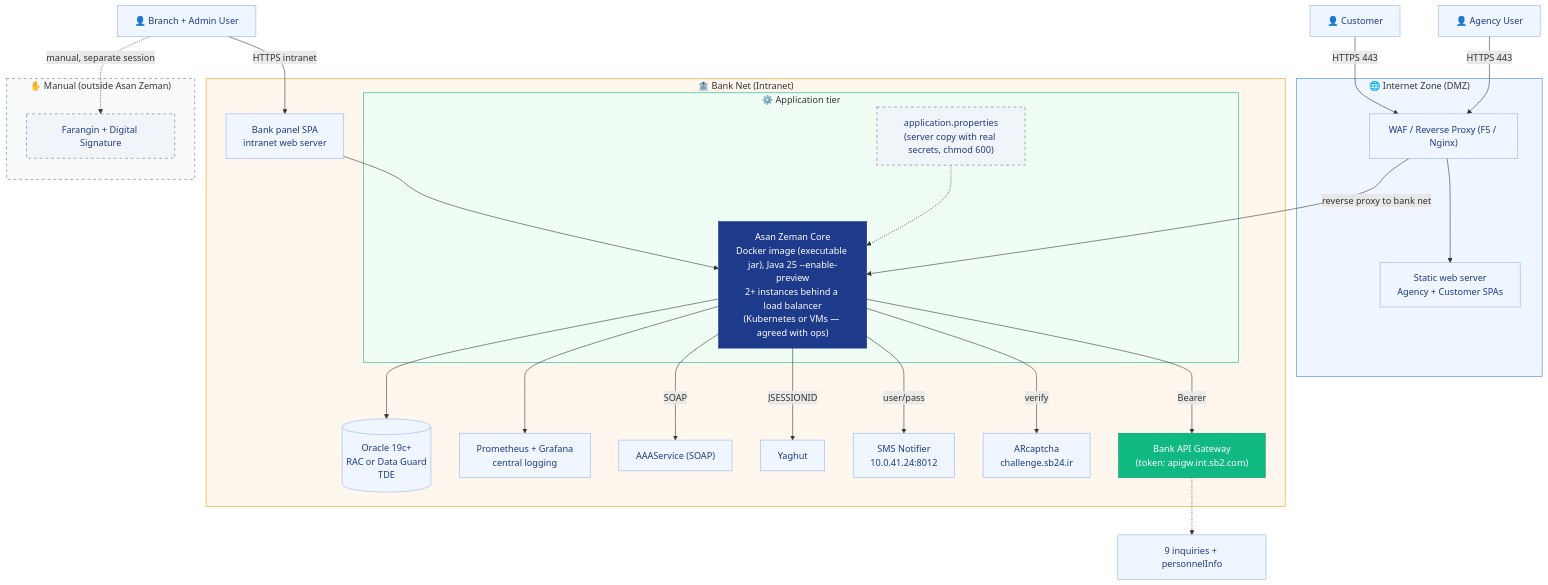
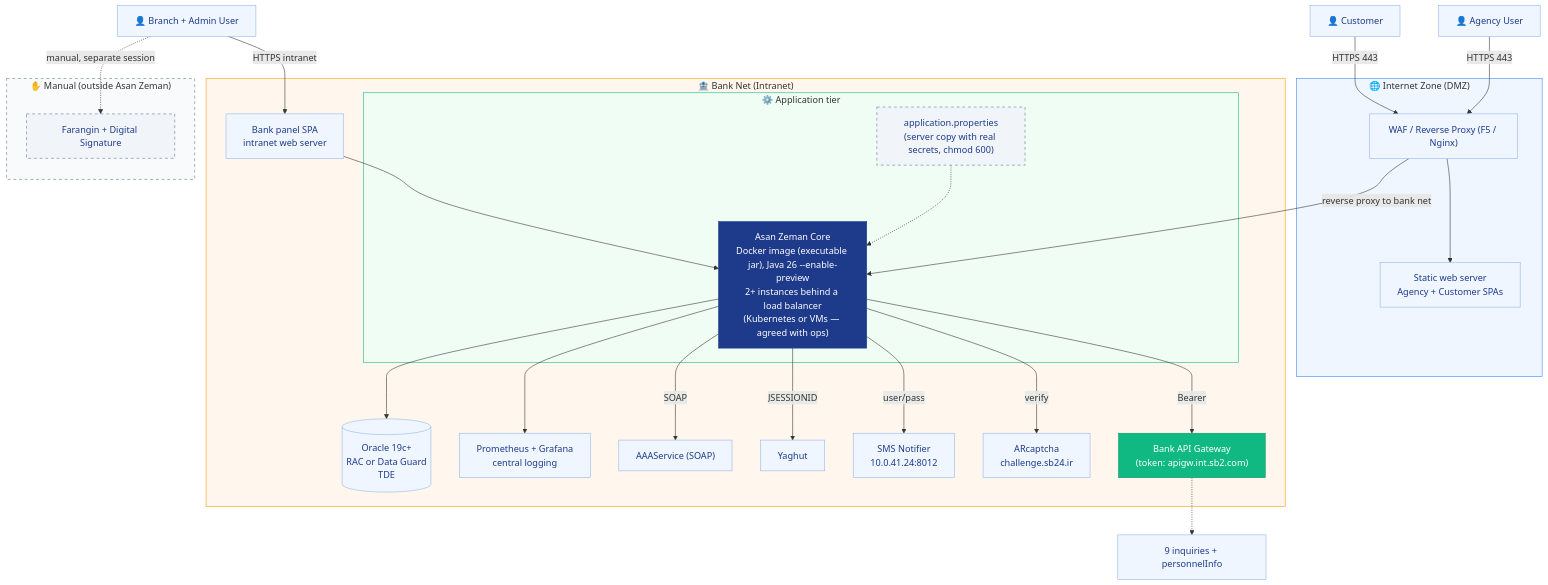
Before and after one commit to Mahmirba/AsanZeman: the diagram in docs/architecture/diagrams/deployment.mmd, drawn with Mermaid. The commit also changed 7 other files, not shown here.

```diff
--- a/docs/architecture/diagrams/deployment.mmd
+++ b/docs/architecture/diagrams/deployment.mmd
@@ -1,47 +1,47 @@
 flowchart TB
   CU["👤 Customer"]:::box
   AG["👤 Agency User"]:::box
   BR["👤 Branch + Admin User"]:::box
   subgraph DMZ["🌐 Internet Zone (DMZ)"]
     WAF["WAF / Reverse Proxy (F5 / Nginx)"]:::box
     WEB["Static web server<br/>Agency + Customer SPAs"]:::box
   end
   subgraph BANK["🏦 Bank Net (Intranet)"]
     BWEB["Bank panel SPA<br/>intranet web server"]:::box
     subgraph APP["⚙️ Application tier"]
-      CORE["Asan Zeman Core<br/>Docker image (executable jar), Java 25 --enable-preview<br/>2+ instances behind a load balancer<br/>(Kubernetes or VMs — agreed with ops)"]:::core
+      CORE["Asan Zeman Core<br/>Docker image (executable jar), Java 26 --enable-preview<br/>2+ instances behind a load balancer<br/>(Kubernetes or VMs — agreed with ops)"]:::core
       CFG["application.properties<br/>(server copy with real secrets, chmod 600)"]:::manual
     end
     DB[("Oracle 19c+<br/>RAC or Data Guard<br/>TDE")]:::box
     MON["Prometheus + Grafana<br/>central logging"]:::box
     AAA["AAAService (SOAP)"]:::box
     YA["Yaghut"]:::box
     NOT["SMS Notifier<br/>10.0.41.24:8012"]:::box
     ARC["ARcaptcha<br/>challenge.sb24.ir"]:::box
     GW["Bank API Gateway<br/>(token: apigw.int.sb2.com)"]:::gw
   end
   INQ["9 inquiries + personnelInfo"]:::box
   subgraph MAN["✋ Manual (outside Asan Zeman)"]
     FA["Farangin + Digital Signature"]:::manual
   end
   CU & AG -- "HTTPS 443" --> WAF
   WAF --> WEB
   WAF -- "reverse proxy to bank net" --> CORE
   BR -- "HTTPS intranet" --> BWEB --> CORE
   CFG -.-> CORE
   CORE --> DB
   CORE --> MON
   CORE -- "SOAP" --> AAA
   CORE -- "JSESSIONID" --> YA
   CORE -- "user/pass" --> NOT
   CORE -- "verify" --> ARC
   CORE -- "Bearer" --> GW -.-> INQ
   BR -. "manual, separate session" .-> FA
   style DMZ fill:#EFF6FF,stroke:#3B82F6
   style BANK fill:#FFF7ED,stroke:#F59E0B
   style APP fill:#F0FDF4,stroke:#10B981
   style MAN fill:#F8FAFC,stroke:#64748B,stroke-dasharray: 5 5
 classDef box fill:#EFF6FF,stroke:#93B4E8,color:#1E3A8A;
 classDef core fill:#1E3A8A,stroke:#1E3A8A,color:#FFFFFF;
 classDef gw fill:#10B981,stroke:#059669,color:#FFFFFF;
 classDef manual fill:#F1F5F9,stroke:#64748B,color:#1E3A8A,stroke-dasharray: 5 5;
```
